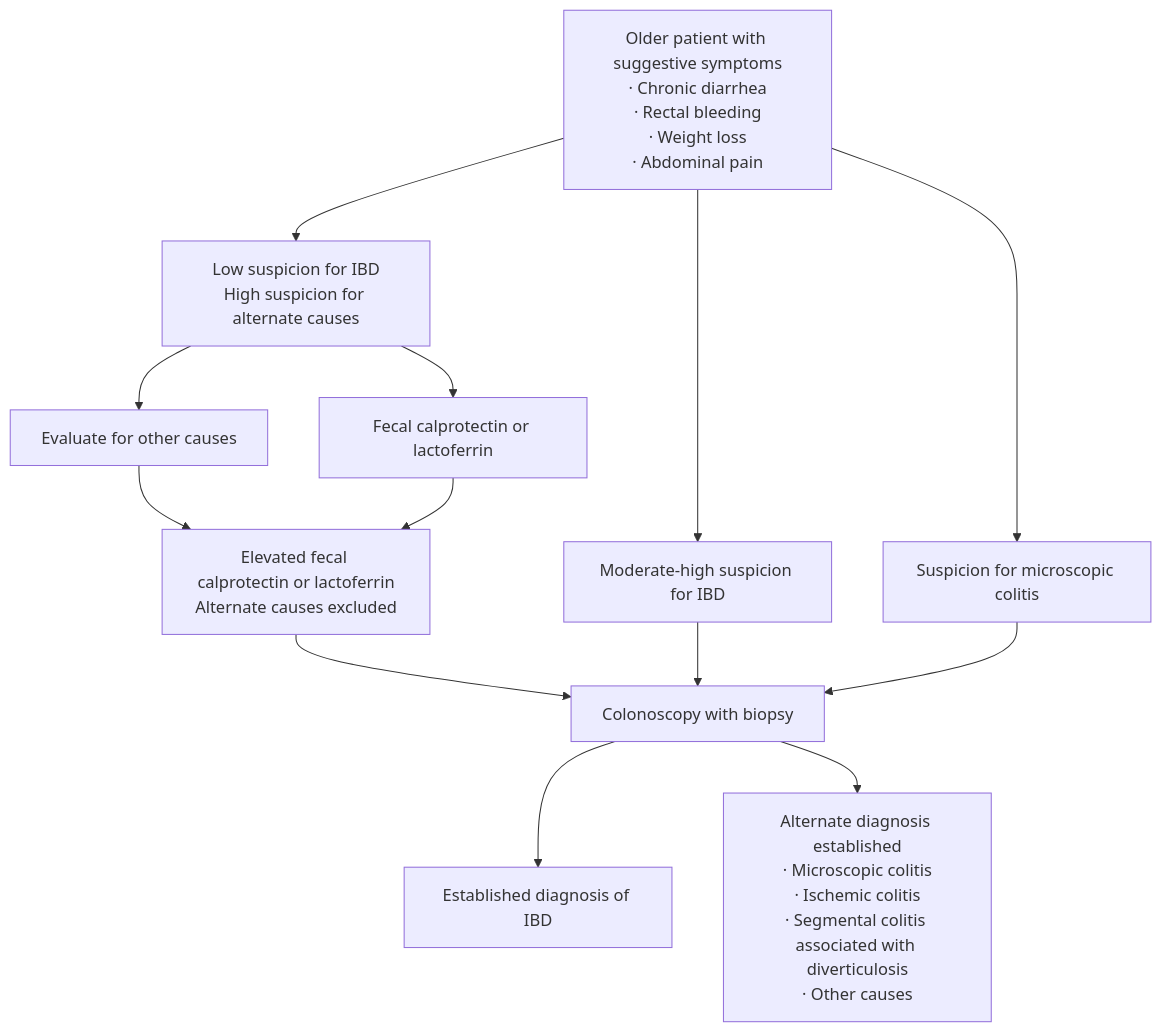
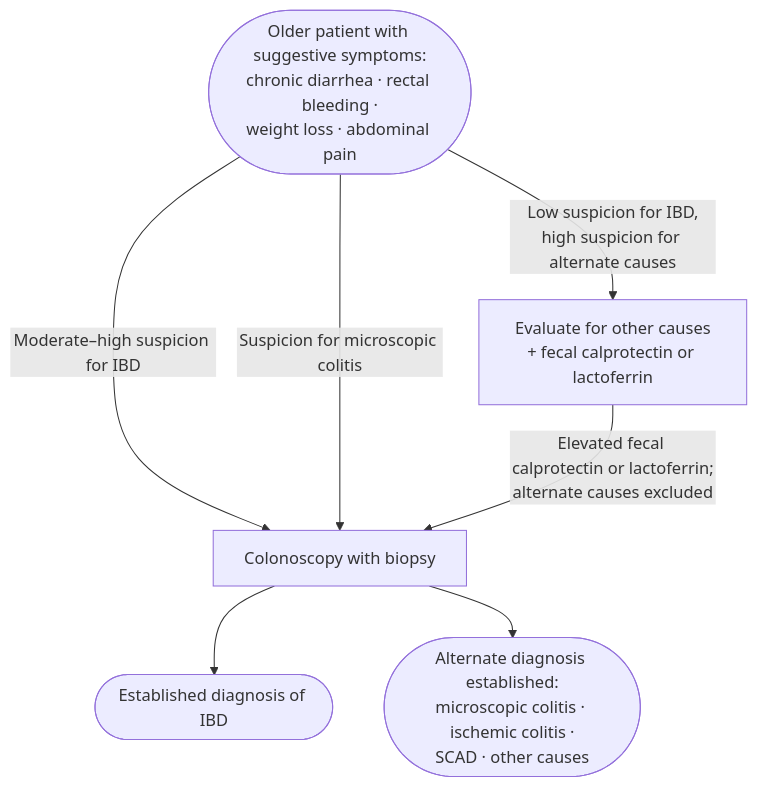
The diagram in KHNL-GI-Wiki/wiki/7-concepts/ibd-in-older-adults.md (KHNickLeMD/KHNL-GI-Wiki), drawn with Mermaid before and after one commit. The commit also changed other lines of this file and 28 other files, not shown here.

Commit message:
lint: quality review — AATD, EUS-gastroenterostomy, ESG, IBD in older adults reviewed + verified; 14 source pages verified (3 rebuilt: ACG 2026 HE, ACG 2023 ALF, ASGE 2024 CP/solid masses); copies fixed; log

````diff
--- a/KHNL-GI-Wiki/wiki/7-concepts/ibd-in-older-adults.md
+++ b/KHNL-GI-Wiki/wiki/7-concepts/ibd-in-older-adults.md
@@ -67,15 +79,14 @@
 ```mermaid
 flowchart TD
-    A["Older patient with suggestive symptoms<br/>· Chronic diarrhea<br/>· Rectal bleeding<br/>· Weight loss<br/>· Abdominal pain"] --> B["Low suspicion for IBD<br/>High suspicion for alternate causes"]
-    A --> C["Moderate-high suspicion for IBD"]
-    A --> D["Suspicion for microscopic colitis"]
-    B --> E["Evaluate for other causes"]
-    B --> F["Fecal calprotectin or lactoferrin"]
-    E --> G["Elevated fecal calprotectin or lactoferrin<br/>Alternate causes excluded"]
-    F --> G
-    G --> H["Colonoscopy with biopsy"]
-    C --> H
-    D --> H
-    H --> I["Established diagnosis of IBD"]
-    H --> J["Alternate diagnosis established<br/>· Microscopic colitis<br/>· Ischemic colitis<br/>· Segmental colitis associated with diverticulosis<br/>· Other causes"]
+    A(["Older patient with suggestive symptoms:<br/>chronic diarrhea · rectal bleeding ·<br/>weight loss · abdominal pain"])
+    A -- "Low suspicion for IBD,<br/>high suspicion for alternate causes" --> B["Evaluate for other causes<br/>+ fecal calprotectin or lactoferrin"]
+    A -- "Moderate–high suspicion for IBD" --> C["Colonoscopy with biopsy"]
+    A -- "Suspicion for microscopic colitis" --> C
+    B -- "Elevated fecal calprotectin or lactoferrin;<br/>alternate causes excluded" --> C
+    C --> D(["Established diagnosis of IBD"])
+    C --> E(["Alternate diagnosis established:<br/>microscopic colitis · ischemic colitis ·<br/>SCAD · other causes"])
+    class A start
+    class B,C test
+    class D act
+    class E stop
 ```
````
